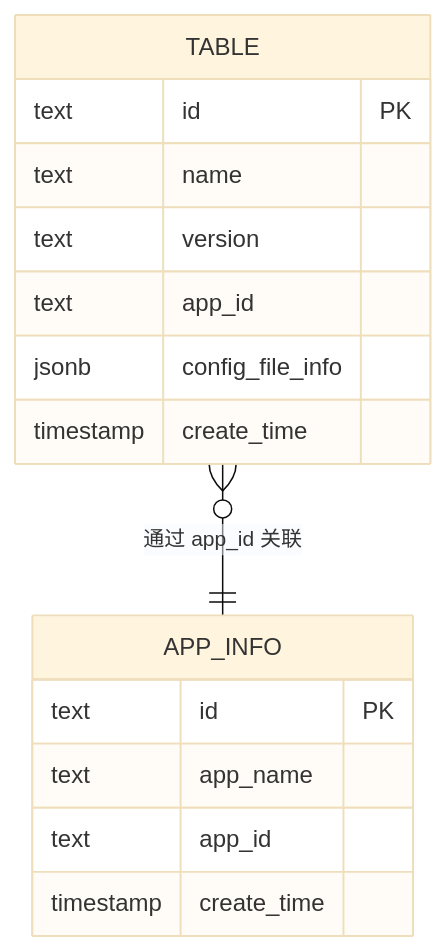
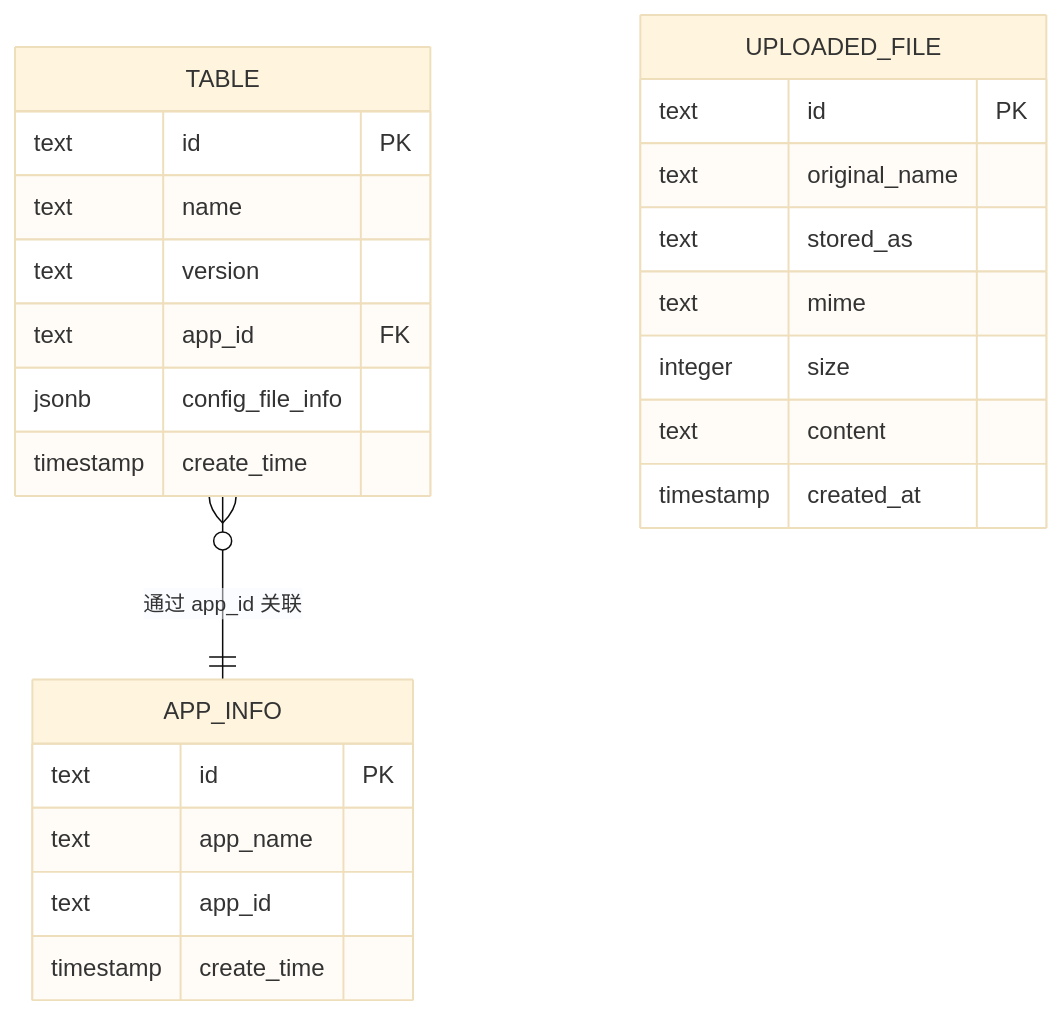
Before and after one commit to HAOFUYANG/nextjs-admin: the seventh of 8 diagrams in .qoder/repowiki/zh/content/数据库集成/API 接口设计/应用管理 API.md, drawn with Mermaid (base theme). The commit also changed other lines of this file and 6 other files, not shown here.

````diff
--- a/.qoder/repowiki/zh/content/数据库集成/API 接口设计/应用管理 API.md
+++ b/.qoder/repowiki/zh/content/数据库集成/API 接口设计/应用管理 API.md
@@ -175,18 +282,27 @@
 ```mermaid
 erDiagram
-TABLE {
-text id PK
-text name
-text version
-text app_id
-jsonb config_file_info
-timestamp create_time
-}
 APP_INFO {
 text id PK
 text app_name
 text app_id
 timestamp create_time
 }
+TABLE {
+text id PK
+text name
+text version
+text app_id FK
+jsonb config_file_info
+timestamp create_time
+}
+UPLOADED_FILE {
+text id PK
+text original_name
+text stored_as
+text mime
+integer size
+text content
+timestamp created_at
+}
 TABLE }o--|| APP_INFO : "通过 app_id 关联"
 ```
````
